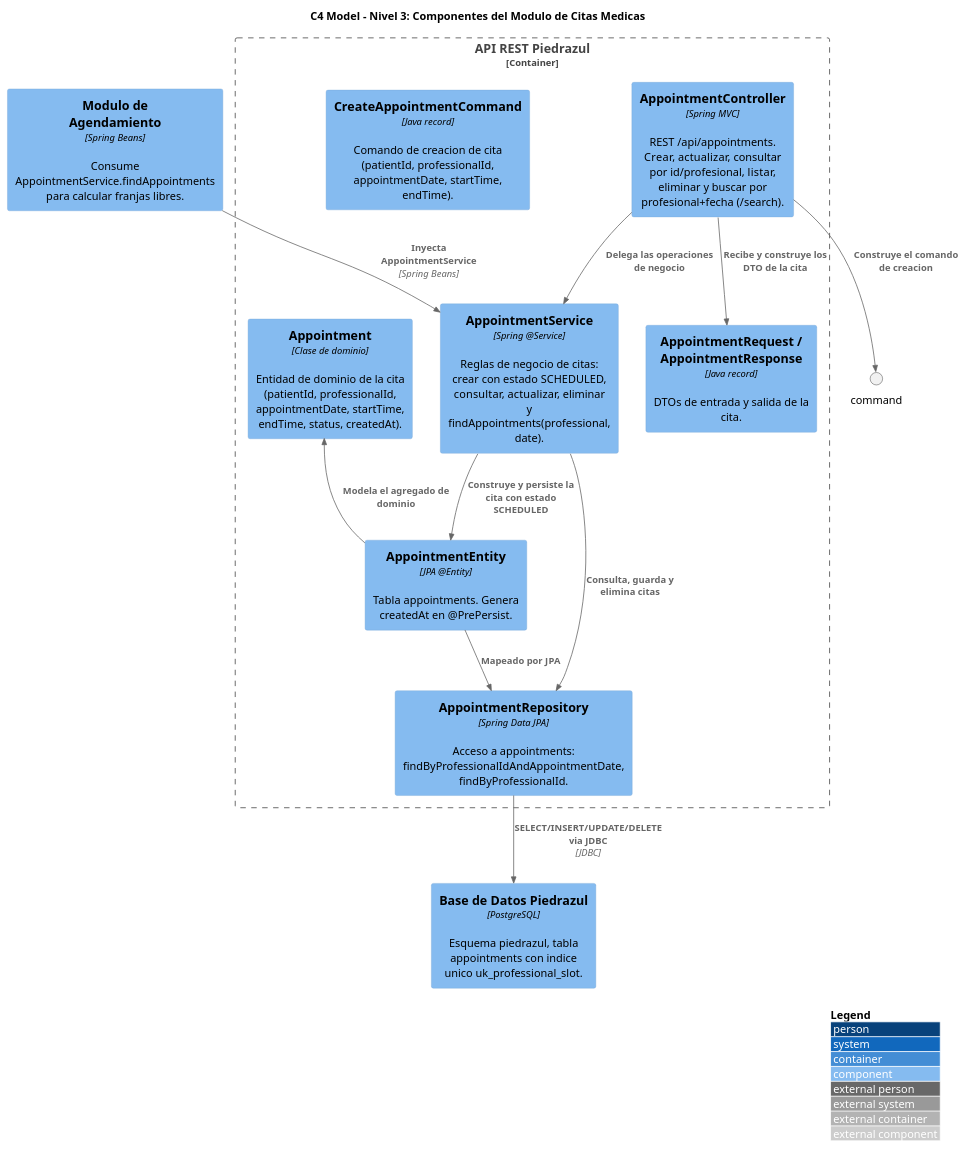
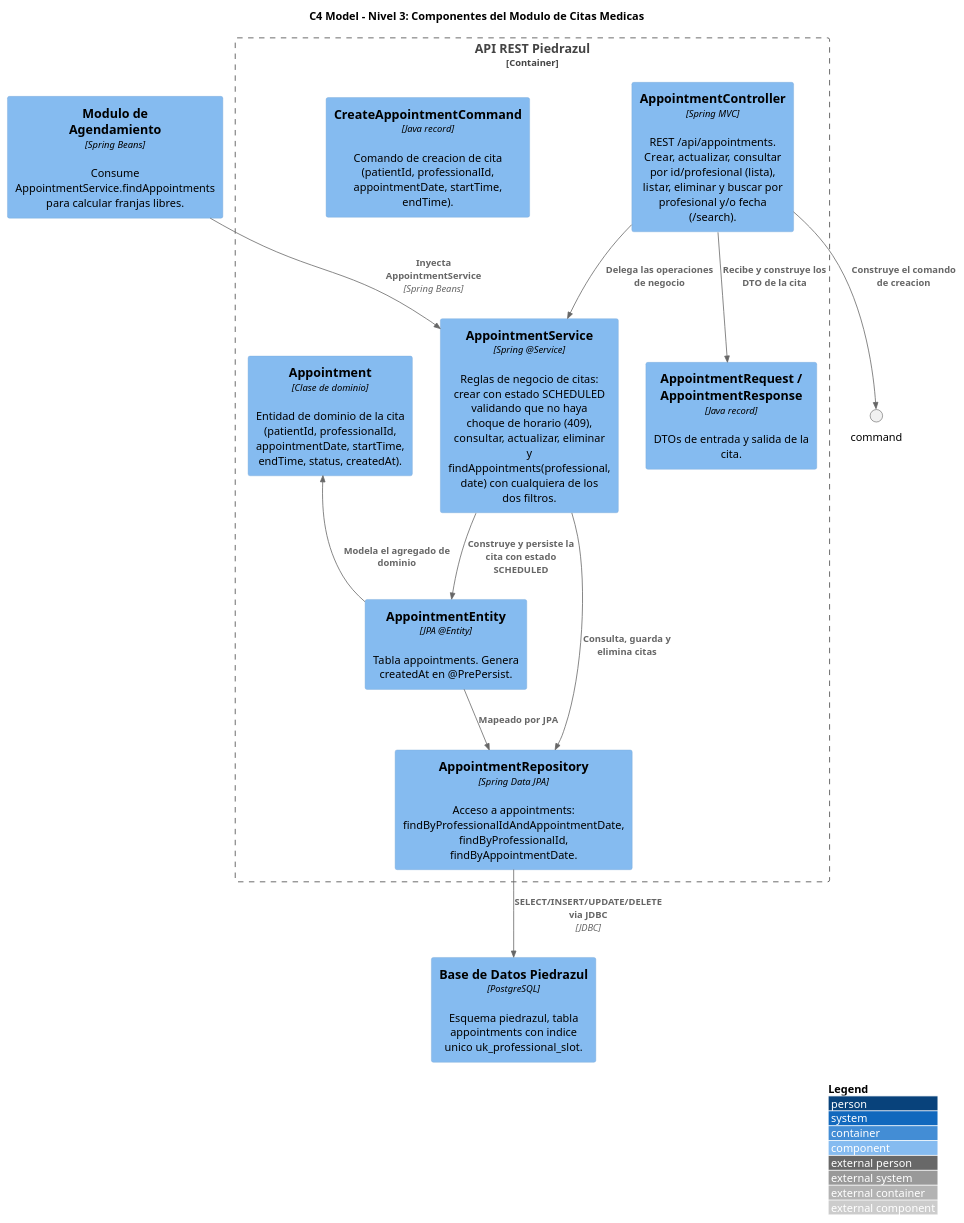
One commit to astern22/PiedrazulMonolitoModular changed the diagram in docs/c4/c4-4-componentes-modulo-citas.puml. Above: the diagram before and after it, drawn with PlantUML. The commit also changed 8 other files, not shown here.

```diff
--- a/docs/c4/c4-4-componentes-modulo-citas.puml
+++ b/docs/c4/c4-4-componentes-modulo-citas.puml
@@ -4,40 +4,40 @@
 @startuml C4_Componentes_Modulo_Citas_Piedrazul
 !include https://raw.githubusercontent.com/plantuml-stdlib/C4-PlantUML/master/C4_Component.puml
 
 title C4 Model - Nivel 3: Componentes del Modulo de Citas Medicas
 
 Container_Boundary(api, "API REST Piedrazul") {
 
-    Component(controller, "AppointmentController", "Spring MVC", "REST /api/appointments. Crear, actualizar, consultar por id/profesional, listar, eliminar y buscar por profesional+fecha (/search).", $tags="presentation")
+    Component(controller, "AppointmentController", "Spring MVC", "REST /api/appointments. Crear, actualizar, consultar por id/profesional (lista), listar, eliminar y buscar por profesional y/o fecha (/search).", $tags="presentation")
     Component(cmd, "CreateAppointmentCommand", "Java record", "Comando de creacion de cita (patientId, professionalId, appointmentDate, startTime, endTime).")
     Component(apptDto, "AppointmentRequest / AppointmentResponse", "Java record", "DTOs de entrada y salida de la cita.")
 
-    Component(apptSvc, "AppointmentService", "Spring @Service", "Reglas de negocio de citas: crear con estado SCHEDULED, consultar, actualizar, eliminar y findAppointments(professional, date).")
+    Component(apptSvc, "AppointmentService", "Spring @Service", "Reglas de negocio de citas: crear con estado SCHEDULED validando que no haya choque de horario (409), consultar, actualizar, eliminar y findAppointments(professional, date) con cualquiera de los dos filtros.")
 
     Component(appt, "Appointment", "Clase de dominio", "Entidad de dominio de la cita (patientId, professionalId, appointmentDate, startTime, endTime, status, createdAt).")
 
     Component(apptEntity, "AppointmentEntity", "JPA @Entity", "Tabla appointments. Genera createdAt en @PrePersist.")
-    Component(apptRepo, "AppointmentRepository", "Spring Data JPA", "Acceso a appointments: findByProfessionalIdAndAppointmentDate, findByProfessionalId.")
+    Component(apptRepo, "AppointmentRepository", "Spring Data JPA", "Acceso a appointments: findByProfessionalIdAndAppointmentDate, findByProfessionalId, findByAppointmentDate.")
 
 }
 
 Component(mod_agenda, "Modulo de Agendamiento", "Spring Beans", "Consume AppointmentService.findAppointments para calcular franjas libres.")
 Component(db, "Base de Datos Piedrazul", "PostgreSQL", "Esquema piedrazul, tabla appointments con indice unico uk_professional_slot.")
 
 Rel(controller, command, "Construye el comando de creacion")
 Rel(controller, apptDto, "Recibe y construye los DTO de la cita")
 Rel(controller, apptSvc, "Delega las operaciones de negocio")
 
 Rel(apptSvc, apptEntity, "Construye y persiste la cita con estado SCHEDULED")
 Rel(apptSvc, apptRepo, "Consulta, guarda y elimina citas")
 
 Rel(apptEntity, apptRepo, "Mapeado por JPA")
 Rel(apptRepo, db, "SELECT/INSERT/UPDATE/DELETE via JDBC", "JDBC")
 
 Rel_Back(appt, apptEntity, "Modela el agregado de dominio")
 Rel(mod_agenda, apptSvc, "Inyecta AppointmentService", "Spring Beans")
 
 SHOW_LEGEND()
 LAYOUT_WITH_LEGEND()
 
 @enduml
```
